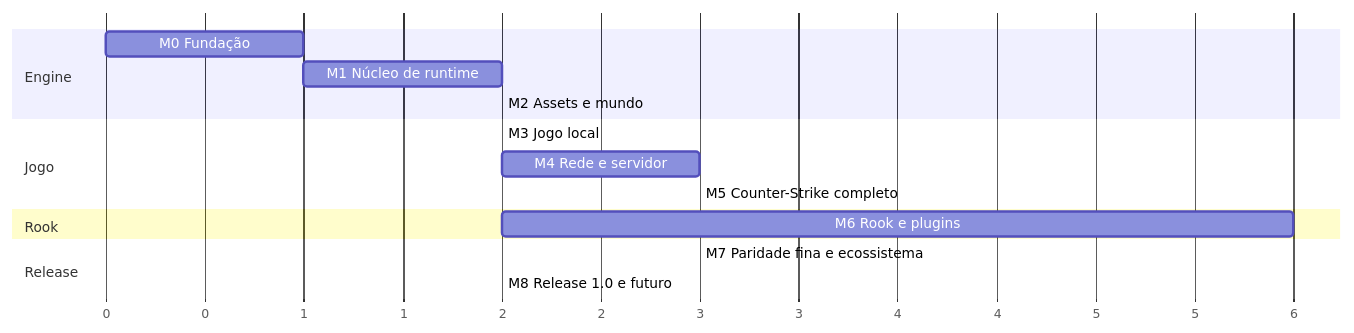
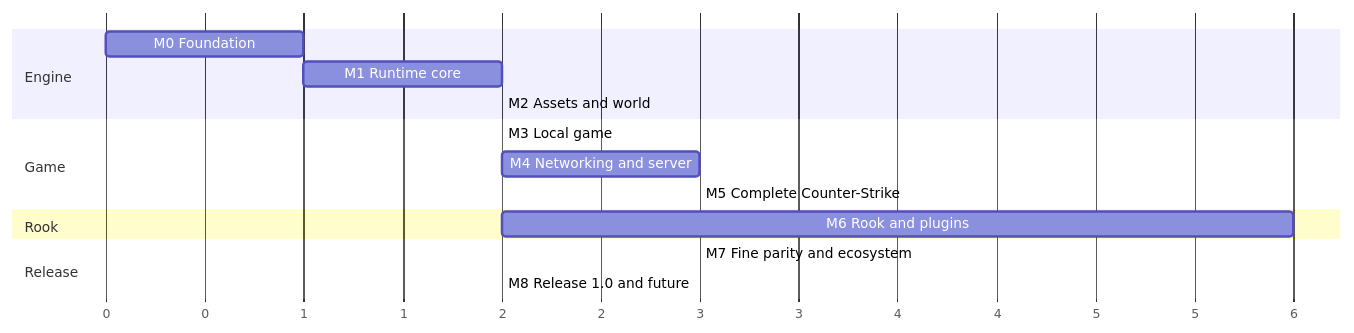
The diagram in docs/19-roadmap.md (BRUN0R2/modern-client.v2), drawn with Mermaid before and after one commit. The commit also changed other lines of this file and 109 other files, not shown here.

````diff
--- a/docs/19-roadmap.md
+++ b/docs/19-roadmap.md
@@ -7,18 +7,18 @@
 ```mermaid
 gantt
     dateFormat  X
     axisFormat  %s
     section Engine
-    M0 Fundação              :m0, 0, 1
-    M1 Núcleo de runtime     :m1, after m0, 2
-    M2 Assets e mundo        :m2, after m1, 2
-    section Jogo
-    M3 Jogo local            :m3, after m2, 2
-    M4 Rede e servidor       :m4, after m3, 3
-    M5 Counter-Strike completo :m5, after m4, 3
+    M0 Foundation            :m0, 0, 1
+    M1 Runtime core          :m1, after m0, 2
+    M2 Assets and world      :m2, after m1, 2
+    section Game
+    M3 Local game            :m3, after m2, 2
+    M4 Networking and server :m4, after m3, 3
+    M5 Complete Counter-Strike :m5, after m4, 3
     section Rook
-    M6 Rook e plugins        :m6, after m2, 6
+    M6 Rook and plugins      :m6, after m2, 6
     section Release
-    M7 Paridade fina e ecossistema :m7, after m5, 3
-    M8 Release 1.0 e futuro  :m8, after m7, 2
+    M7 Fine parity and ecosystem :m7, after m5, 3
+    M8 Release 1.0 and future :m8, after m7, 2
 ```
````
